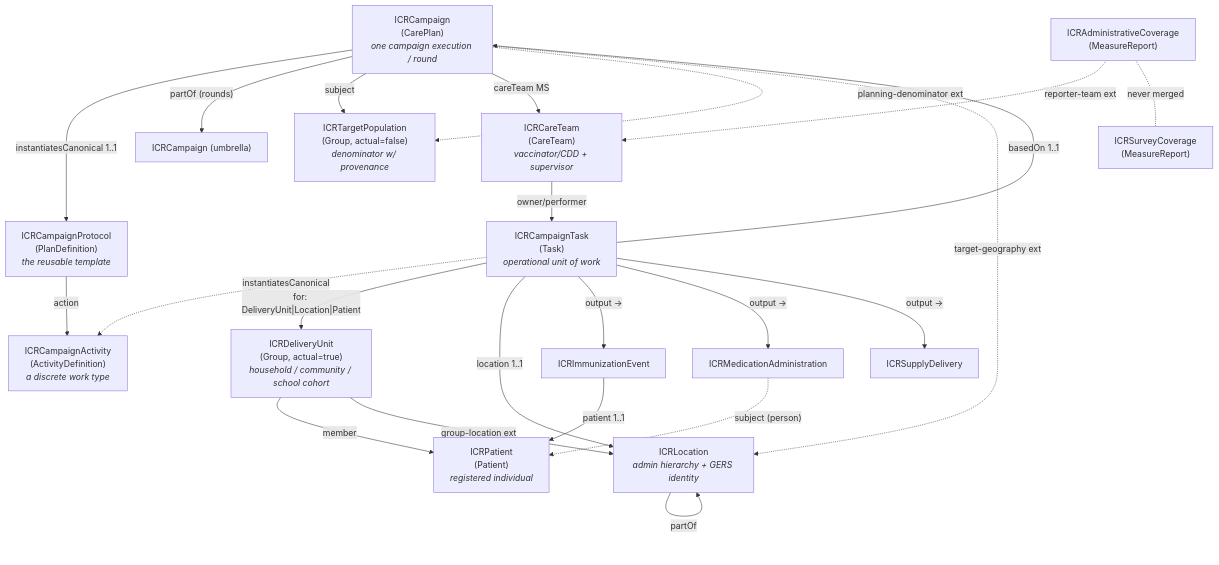
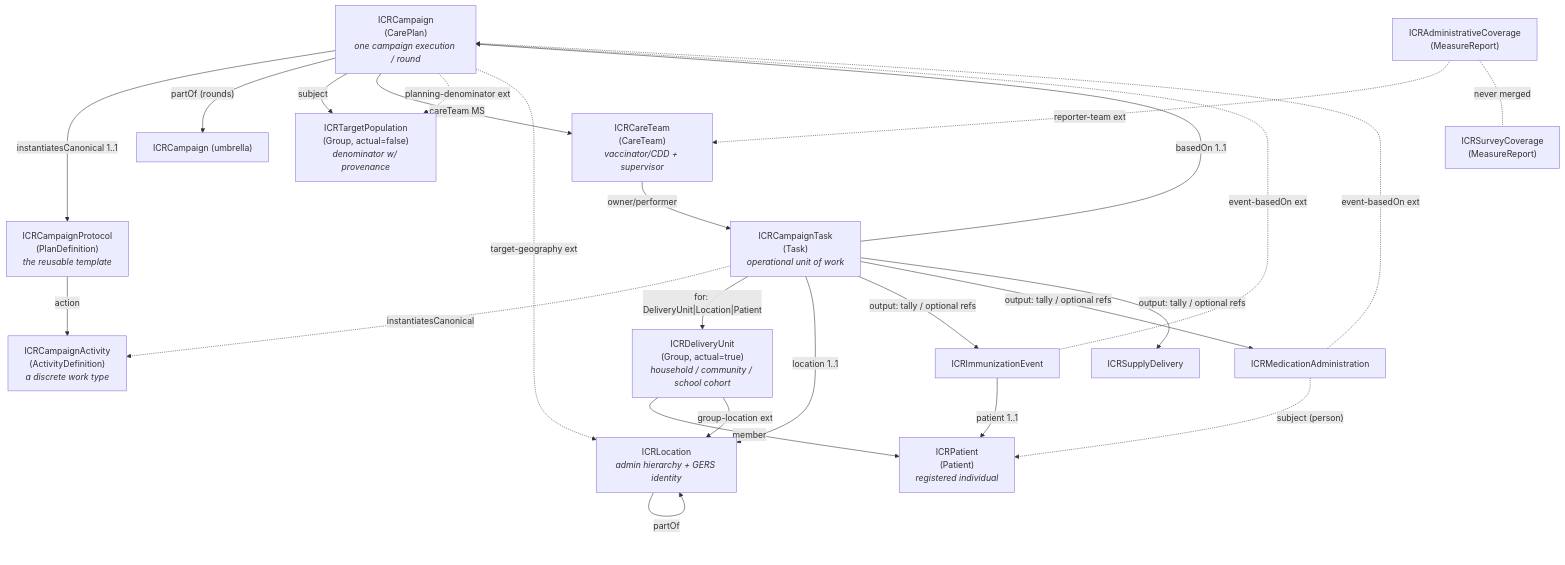
The first of 4 diagrams in project/ig-summary-v2.md (recodelabs/icr), drawn with Mermaid before and after one commit. The commit also changed other lines of this file and 6 other files, not shown here.

First line of the commit message:
Delivery events carry their own campaign link (standard event-basedOn); finish the school-cohort sweep

````diff
--- a/project/ig-summary-v2.md
+++ b/project/ig-summary-v2.md
@@ -197,41 +197,43 @@
 ```mermaid
 graph TD
     PD["ICRCampaignProtocol<br/>(PlanDefinition)<br/><i>the reusable template</i>"]
     AD["ICRCampaignActivity<br/>(ActivityDefinition)<br/><i>a discrete work type</i>"]
     CP["ICRCampaign<br/>(CarePlan)<br/><i>one campaign execution / round</i>"]
     CPU["ICRCampaign (umbrella)"]
     T["ICRCampaignTask<br/>(Task)<br/><i>operational unit of work</i>"]
     TP["ICRTargetPopulation<br/>(Group, actual=false)<br/><i>denominator w/ provenance</i>"]
     HH["ICRDeliveryUnit<br/>(Group, actual=true)<br/><i>household / community / school cohort</i>"]
     PT["ICRPatient<br/>(Patient)<br/><i>registered individual</i>"]
     L["ICRLocation<br/><i>admin hierarchy + GERS identity</i>"]
     IMM["ICRImmunizationEvent"]
     MED["ICRMedicationAdministration"]
     SUP["ICRSupplyDelivery"]
     AC["ICRAdministrativeCoverage<br/>(MeasureReport)"]
     SC["ICRSurveyCoverage<br/>(MeasureReport)"]
     CT["ICRCareTeam<br/>(CareTeam)<br/><i>vaccinator/CDD + supervisor</i>"]
 
     PD -- "action" --> AD
     CP -- "instantiatesCanonical 1..1" --> PD
     CP -- "partOf (rounds)" --> CPU
     CP -- "subject" --> TP
     CP -- "careTeam MS" --> CT
     CT -- "owner/performer" --> T
     AC -. "reporter-team ext" .-> CT
     T -- "basedOn 1..1" --> CP
     T -. "instantiatesCanonical" .-> AD
     T -- "for: DeliveryUnit|Location|Patient" --> HH
     T -- "location 1..1" --> L
-    T -- "output →" --> IMM
-    T -- "output →" --> MED
-    T -- "output →" --> SUP
+    T -- "output: tally / optional refs" --> IMM
+    T -- "output: tally / optional refs" --> MED
+    T -- "output: tally / optional refs" --> SUP
+    IMM -. "event-basedOn ext" .-> CP
+    MED -. "event-basedOn ext" .-> CP
     HH -- "member" --> PT
     IMM -- "patient 1..1" --> PT
     MED -. "subject (person)" .-> PT
     HH -- "group-location ext" --> L
     L -- "partOf" --> L
     CP -. "planning-denominator ext" .-> TP
     CP -. "target-geography ext" .-> L
     AC -. "never merged" .- SC
 ```
````
